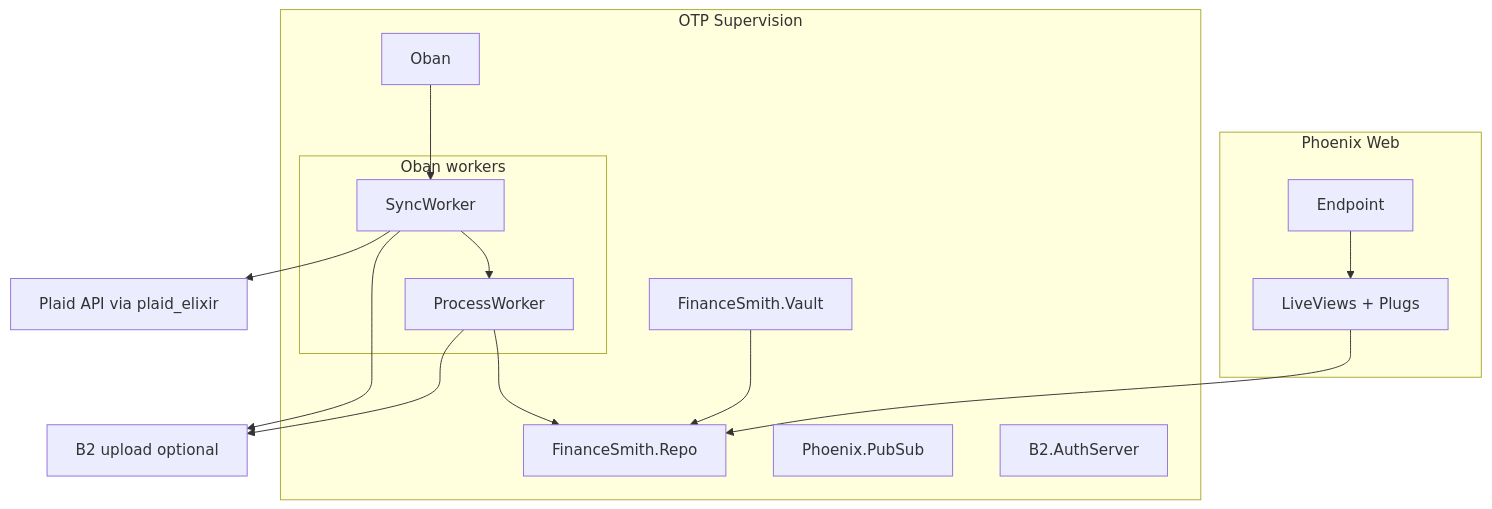
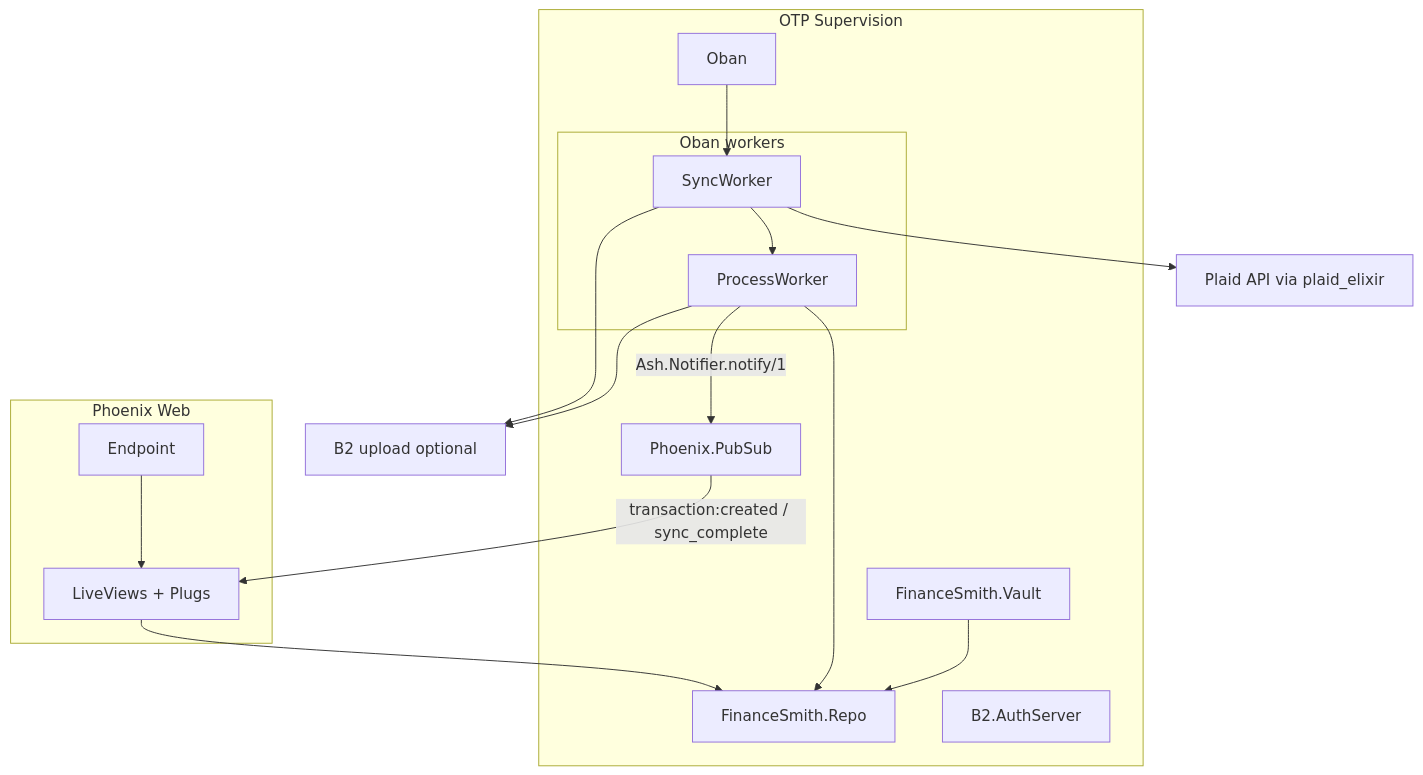
Before and after one commit to tblenahan/finance_smith: the diagram in docs/service-state-report.md, drawn with Mermaid. The commit also changed other lines of this file and 26 other files, not shown here.

First line of the commit message:
Live Dashboard With Basic Sync on Account Connection (#9)

````diff
--- a/docs/service-state-report.md
+++ b/docs/service-state-report.md
@@ -19,29 +19,31 @@
 ```mermaid
 flowchart TB
   subgraph web [Phoenix Web]
     Endpoint[Endpoint]
     LiveView[LiveViews + Plugs]
     Endpoint --> LiveView
   end
 
   subgraph otp [OTP Supervision]
     Repo[FinanceSmith.Repo]
     Vault[FinanceSmith.Vault]
     PubSub[Phoenix.PubSub]
     B2Auth[B2.AuthServer]
     Oban[Oban]
     subgraph workers [Oban workers]
       Sync[SyncWorker]
       Proc[ProcessWorker]
     end
   end
 
   LiveView --> Repo
   Oban --> Sync
   Sync --> PlaidAPI[Plaid API via plaid_elixir]
   Sync --> B2[B2 upload optional]
   Sync --> Proc
   Proc --> B2
   Proc --> Repo
+  Proc -->|"Ash.Notifier.notify/1"| PubSub
   Vault --> Repo
+  PubSub -->|"transaction:created / sync_complete"| LiveView
 ```
````
